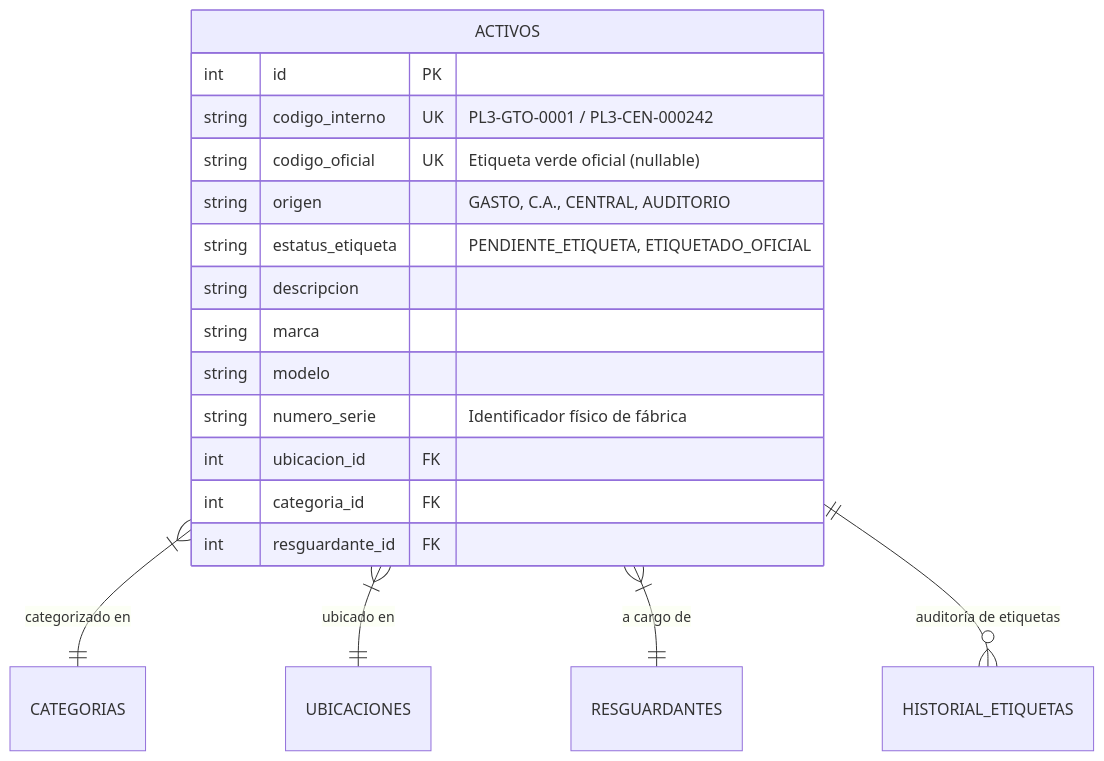
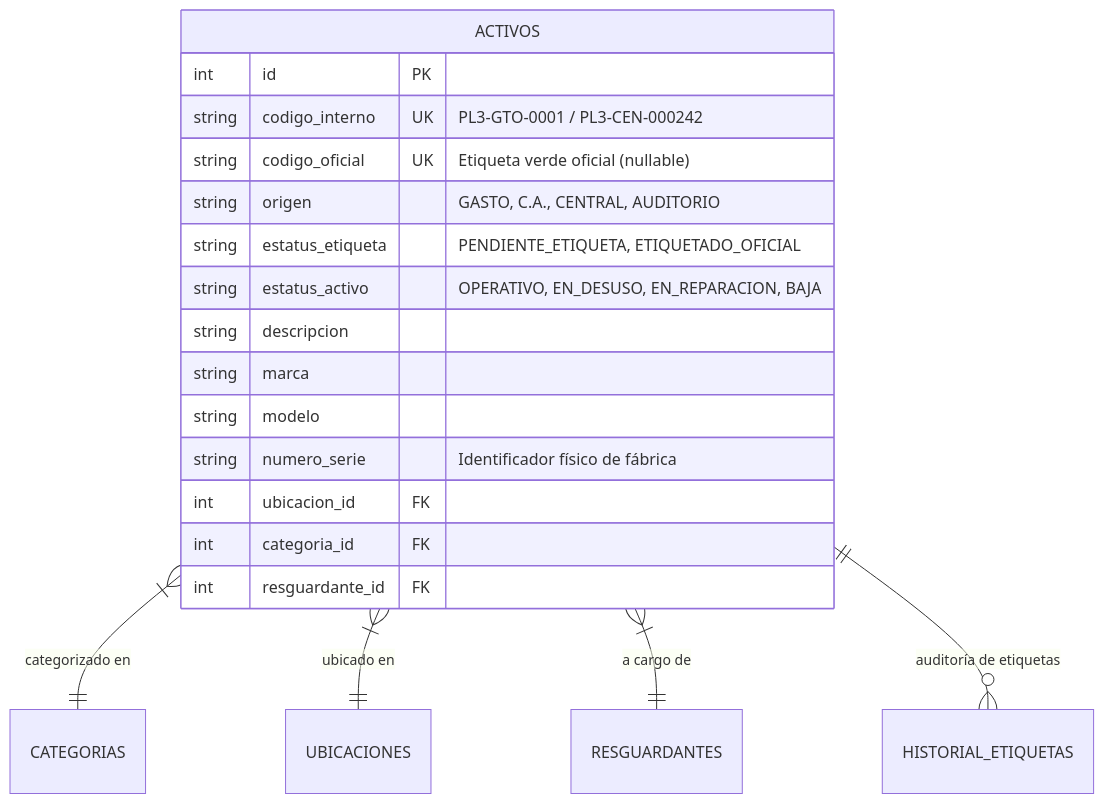
One commit to bueno-armando/cobach3-bitacora changed the diagram in README.md. Above: the diagram before and after it, drawn with Mermaid. The commit also changed other lines of this file and 8 other files, not shown here.

````diff
--- a/README.md
+++ b/README.md
@@ -39,22 +41,23 @@
 ```mermaid
 erDiagram
     ACTIVOS }|--|| CATEGORIAS : "categorizado en"
     ACTIVOS }|--|| UBICACIONES : "ubicado en"
     ACTIVOS }|--|| RESGUARDANTES : "a cargo de"
     ACTIVOS ||--o{ HISTORIAL_ETIQUETAS : "auditoría de etiquetas"
 
     ACTIVOS {
         int id PK
         string codigo_interno UK "PL3-GTO-0001 / PL3-CEN-000242"
         string codigo_oficial UK "Etiqueta verde oficial (nullable)"
         string origen "GASTO, C.A., CENTRAL, AUDITORIO"
         string estatus_etiqueta "PENDIENTE_ETIQUETA, ETIQUETADO_OFICIAL"
+        string estatus_activo "OPERATIVO, EN_DESUSO, EN_REPARACION, BAJA"
         string descripcion
         string marca
         string modelo
         string numero_serie "Identificador físico de fábrica"
         int ubicacion_id FK
         int categoria_id FK
         int resguardante_id FK
     }
 ```
````
